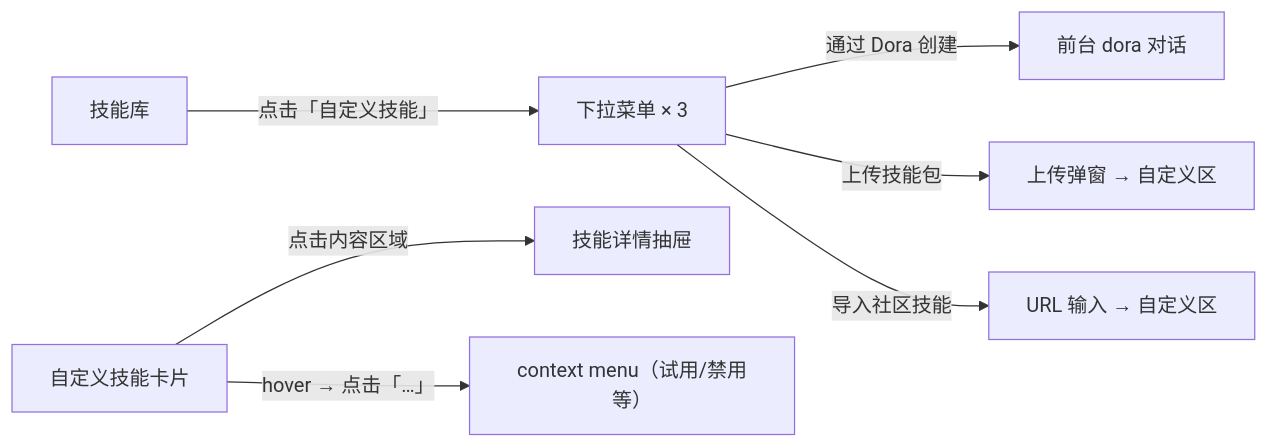
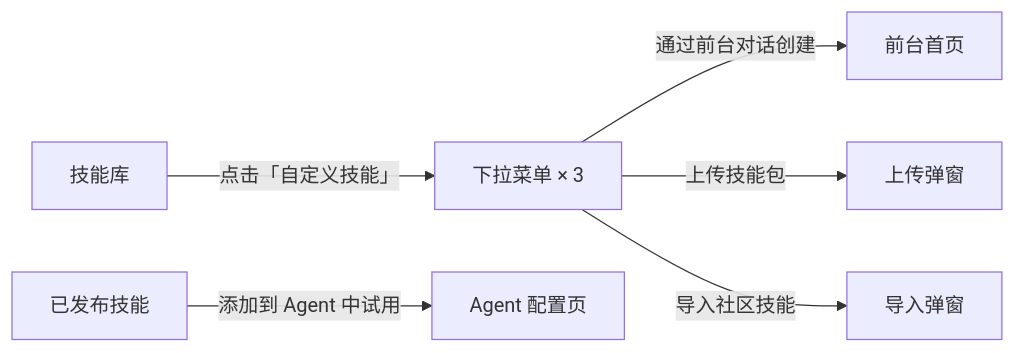
The first of 9 diagrams in custom-skill-entry/interaction-spec.md (zui-luo/dorauxdemo), drawn with Mermaid before and after one commit. The commit also changed other lines of this file and 14 other files, not shown here.

````diff
--- a/custom-skill-entry/interaction-spec.md
+++ b/custom-skill-entry/interaction-spec.md
@@ -24,9 +20,8 @@
 ```mermaid
 flowchart LR
-    A["技能库"] -->|"点击「自定义技能」"| B["下拉菜单 × 3"]
-    B -->|"通过 Dora 创建"| C["前台 dora 对话"]
-    B -->|"上传技能包"| D["上传弹窗 → 自定义区"]
-    B -->|"导入社区技能"| E["URL 输入 → 自定义区"]
-    F["自定义技能卡片"] -->|"点击内容区域"| G["技能详情抽屉"]
-    F -->|"hover → 点击「…」"| H["context menu（试用/禁用等）"]
+    A["技能库"] -->|点击「自定义技能」| B["下拉菜单 × 3"]
+    B -->|通过前台对话创建| C["前台首页"]
+    B -->|上传技能包| D["上传弹窗"]
+    B -->|导入社区技能| E["导入弹窗"]
+    F["已发布技能"] -->|添加到 Agent 中试用| G["Agent 配置页"]
 ```
````
